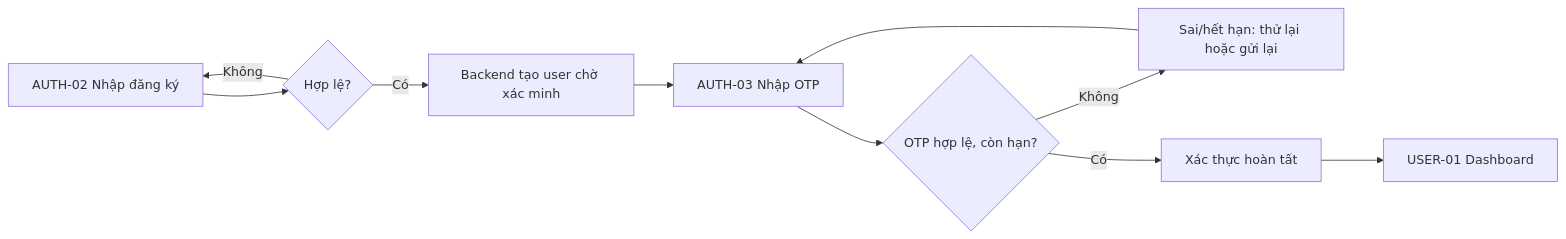
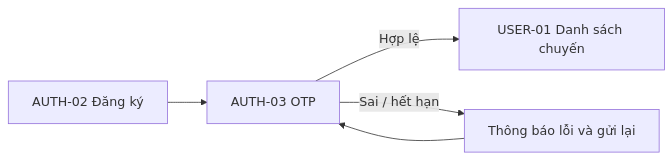
Before and after one commit to huukhanhh/LingoCraft-AI: the second of 3 diagrams in 02-design-system/prototype-screens.md, drawn with Mermaid. The commit also changed other lines of this file, not shown here.

````diff
--- a/02-design-system/prototype-screens.md
+++ b/02-design-system/prototype-screens.md
@@ -930,12 +1169,7 @@
 ```mermaid
 flowchart LR
-    A[AUTH-02 Nhập đăng ký] --> B{Hợp lệ?}
-    B -- Không --> A
-    B -- Có --> C[Backend tạo user chờ xác minh]
-    C --> D[AUTH-03 Nhập OTP]
-    D --> E{OTP hợp lệ, còn hạn?}
-    E -- Không --> F[Sai/hết hạn: thử lại hoặc gửi lại]
-    F --> D
-    E -- Có --> G[Xác thực hoàn tất]
-    G --> H[USER-01 Dashboard]
+  A[AUTH-02 Đăng ký] --> B[AUTH-03 OTP]
+  B -->|Hợp lệ| C[USER-01 Danh sách chuyến]
+  B -->|Sai / hết hạn| D[Thông báo lỗi và gửi lại]
+  D --> B
 ```
````
